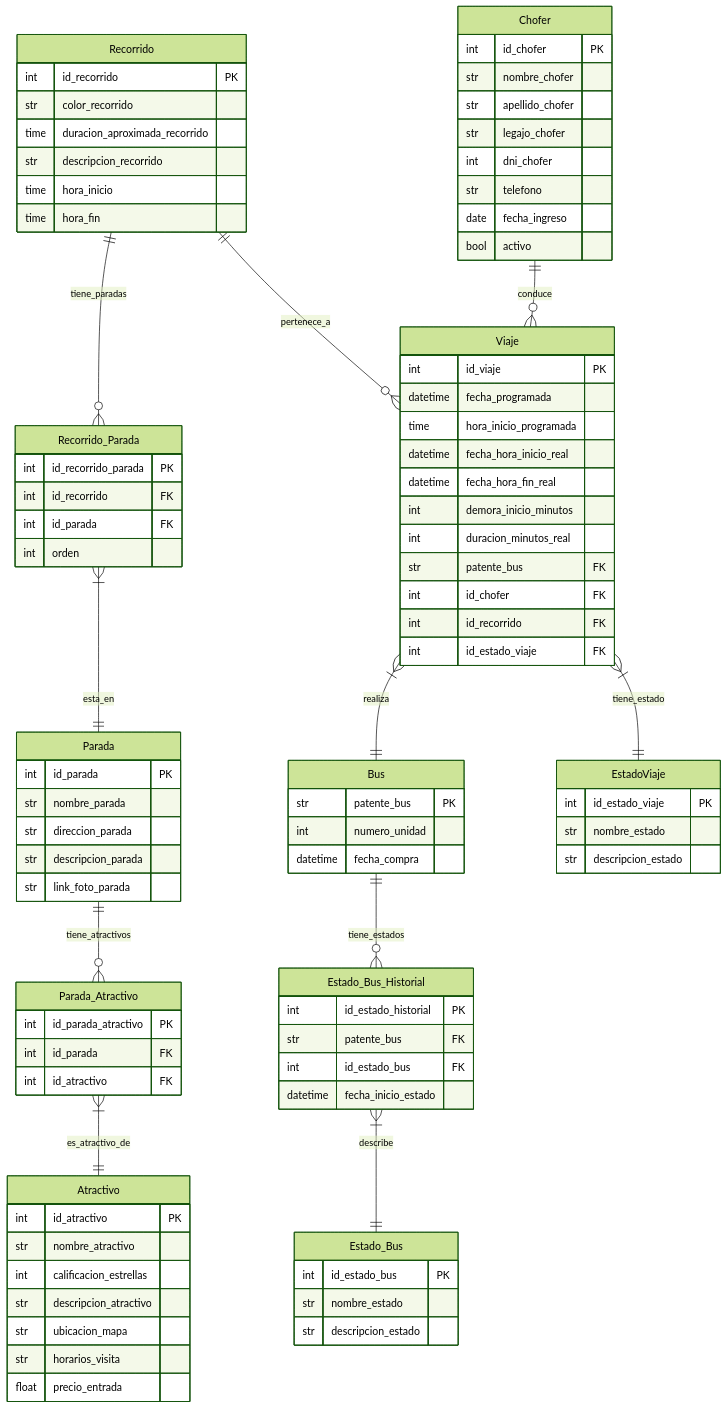
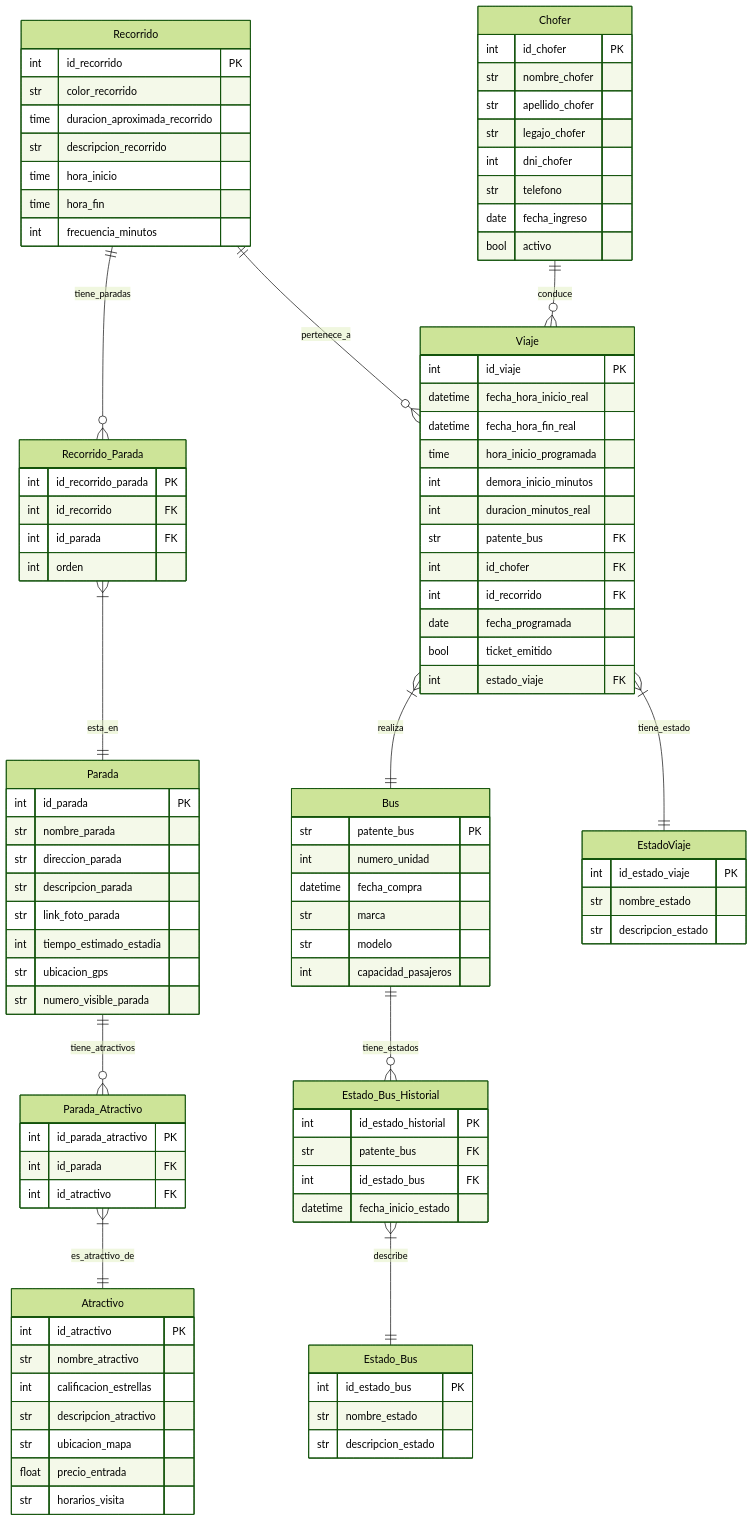
The diagram in proyecto_desarrollo/er1.mmd (Villada-PG3/trabajo-practico-integrador-bus-turistico), drawn with Mermaid (forest theme) before and after one commit.

Commit message:
base_Datos_actualizada1

```diff
--- a/proyecto_desarrollo/er1.mmd
+++ b/proyecto_desarrollo/er1.mmd
@@ -1,103 +1,111 @@
 erDiagram
     Recorrido ||--o{ Recorrido_Parada : tiene_paradas
     Recorrido_Parada }|--|| Parada : esta_en
     Parada ||--o{ Parada_Atractivo : tiene_atractivos
     Parada_Atractivo }|--|| Atractivo : es_atractivo_de
 
     Bus ||--o{ Estado_Bus_Historial : tiene_estados
     Estado_Bus_Historial }|--|| Estado_Bus : describe
     Chofer ||--o{ Viaje : conduce
     Viaje }|--|| Bus : realiza
     Recorrido ||--o{ Viaje : pertenece_a
+    Viaje }|--|| EstadoViaje : tiene_estado
 
-    Viaje }|--|| EstadoViaje : tiene_estado 
 
     Recorrido {
         int id_recorrido PK
         str color_recorrido
         time duracion_aproximada_recorrido
         str descripcion_recorrido
         time hora_inicio
         time hora_fin
+        int frecuencia_minutos
     }
 
     Recorrido_Parada {
         int id_recorrido_parada PK
         int id_recorrido FK
         int id_parada FK
         int orden
     }
 
     Parada {
         int id_parada PK
         str nombre_parada
         str direccion_parada
         str descripcion_parada
         str link_foto_parada
+        int tiempo_estimado_estadia
+        str ubicacion_gps
+        str numero_visible_parada
     }
 
     Parada_Atractivo {
         int id_parada_atractivo PK
         int id_parada FK
         int id_atractivo FK
     }
 
     Atractivo {
         int id_atractivo PK
         str nombre_atractivo
         int calificacion_estrellas
         str descripcion_atractivo
         str ubicacion_mapa
+        float precio_entrada
         str horarios_visita
-        float precio_entrada
     }
 
     Bus {
         str patente_bus PK
         int numero_unidad
         datetime fecha_compra
-    
+        str marca
+        str modelo
+        int capacidad_pasajeros
     }
 
     Estado_Bus {
         int id_estado_bus PK
         str nombre_estado
         str descripcion_estado
     }
 
     Estado_Bus_Historial {
         int id_estado_historial PK
         str patente_bus FK
         int id_estado_bus FK
         datetime fecha_inicio_estado
     }
 
     Chofer {
         int id_chofer PK
         str nombre_chofer
         str apellido_chofer
         str legajo_chofer
         int dni_chofer
         str telefono
         date fecha_ingreso
         bool activo
     }
 
     Viaje {
         int id_viaje PK
-        datetime fecha_programada
-        time hora_inicio_programada
         datetime fecha_hora_inicio_real
         datetime fecha_hora_fin_real
+        time hora_inicio_programada
         int demora_inicio_minutos
         int duracion_minutos_real
         str patente_bus FK
         int id_chofer FK
         int id_recorrido FK
-        int id_estado_viaje FK
+        date fecha_programada
+        bool ticket_emitido
+        int estado_viaje FK
     }
+
     EstadoViaje {
         int id_estado_viaje PK
         str nombre_estado
         str descripcion_estado
     }
```
